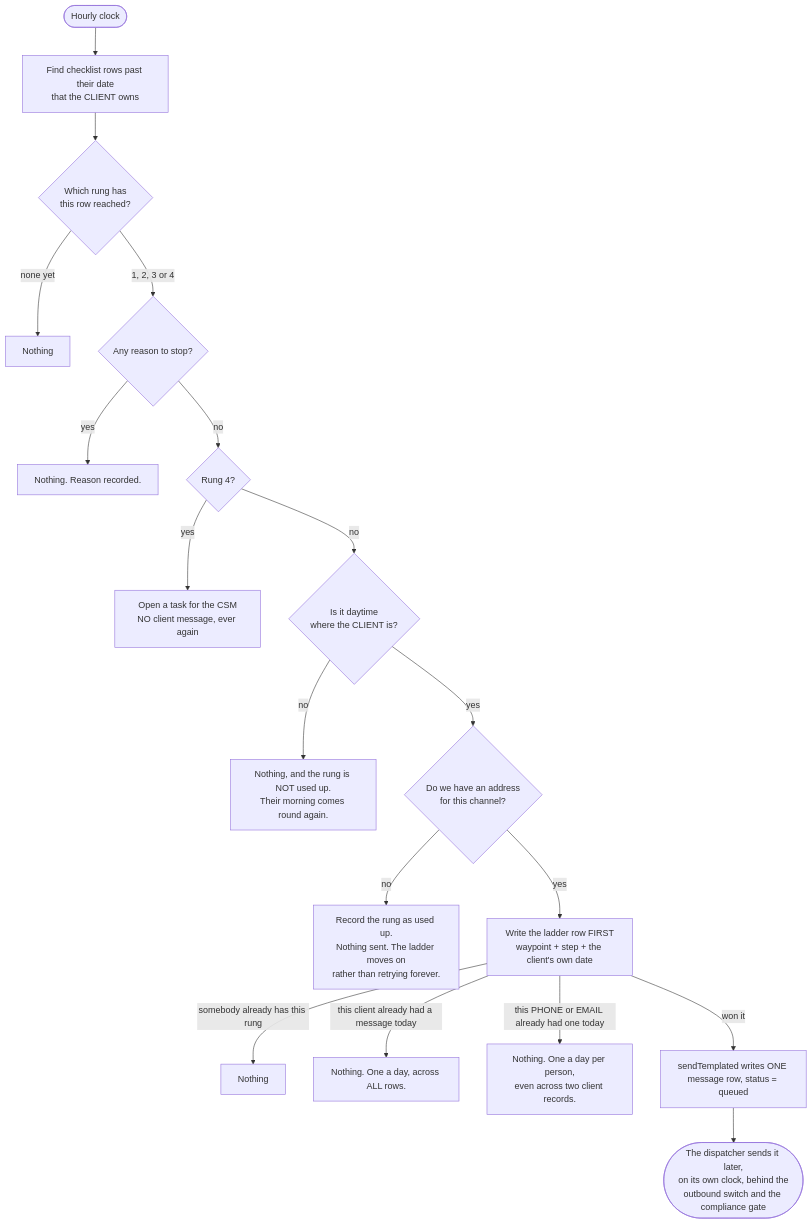
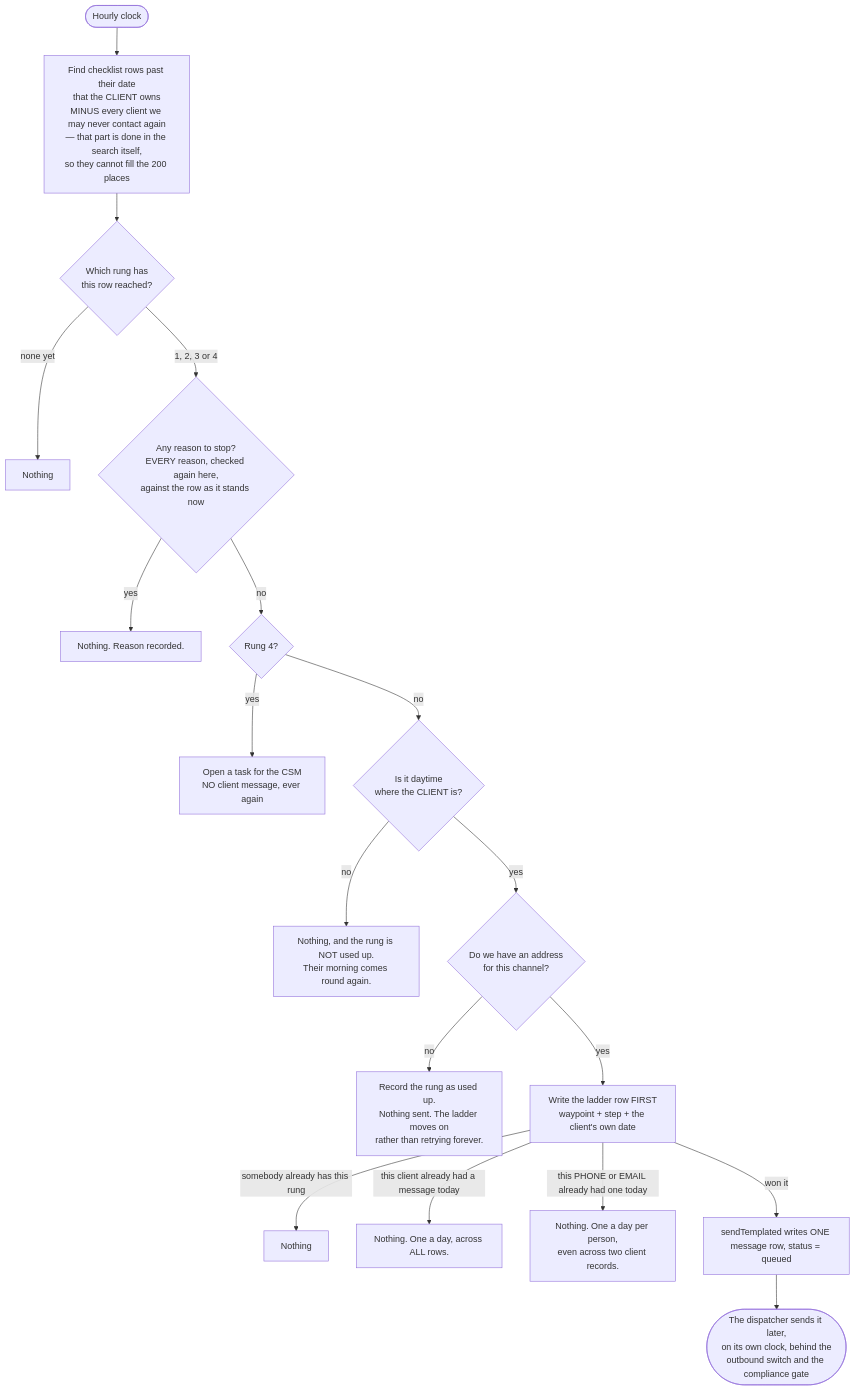
Before and after one commit to ZootimusMaximusSupreme/Fundhub_ai: the first of 3 diagrams in docs/journeys/waypoint-nudge-actual.md, drawn with Mermaid.

Commit message:
The journey diagram says where the permanent stops are now applied
The flowchart still drew one box for "find late rows the client owns" and one
for "any reason to stop", which is the shape the code had before the permanent
stops moved into the search. A -actual.md page is drawn from the code
(CLAUDE.md section 4), so the diagram now says which half happens where, and
the stops table gains a column saying whether each reason also drops the row
out of the line or keeps its place.

````diff
--- a/docs/journeys/waypoint-nudge-actual.md
+++ b/docs/journeys/waypoint-nudge-actual.md
@@ -36,26 +36,26 @@
 ```mermaid
 flowchart TD
-    CRON([Hourly clock]) --> PLAN[Find checklist rows past their date<br/>that the CLIENT owns]
+    CRON([Hourly clock]) --> PLAN[Find checklist rows past their date<br/>that the CLIENT owns<br/>MINUS every client we may never contact again<br/>— that part is done in the search itself,<br/>so they cannot fill the 200 places]
     PLAN --> RUNG{Which rung has<br/>this row reached?}
     RUNG -->|none yet| STOP1[Nothing]
-    RUNG -->|1, 2, 3 or 4| EXITS{Any reason to stop?}
+    RUNG -->|1, 2, 3 or 4| EXITS{Any reason to stop?<br/>EVERY reason, checked again here,<br/>against the row as it stands now}
 
     EXITS -->|yes| STOP2[Nothing. Reason recorded.]
     EXITS -->|no| KIND{Rung 4?}
 
     KIND -->|yes| TASK[Open a task for the CSM<br/>NO client message, ever again]
     KIND -->|no| DAY{Is it daytime<br/>where the CLIENT is?}
 
     DAY -->|no| STOP3[Nothing, and the rung is NOT used up.<br/>Their morning comes round again.]
     DAY -->|yes| ADDR{Do we have an address<br/>for this channel?}
 
     ADDR -->|no| SKIP[Record the rung as used up.<br/>Nothing sent. The ladder moves on<br/>rather than retrying forever.]
     ADDR -->|yes| CLAIM[Write the ladder row FIRST<br/>waypoint + step + the client's own date]
 
     CLAIM -->|somebody already has this rung| STOP4[Nothing]
     CLAIM -->|this client already had a message today| STOP5[Nothing. One a day, across ALL rows.]
     CLAIM -->|this PHONE or EMAIL already had one today| STOP6[Nothing. One a day per person,<br/>even across two client records.]
     CLAIM -->|won it| QUEUE[sendTemplated writes ONE message row, status = queued]
 
     QUEUE --> DISPATCH([The dispatcher sends it later,<br/>on its own clock, behind the<br/>outbound switch and the compliance gate])
 ```
````
